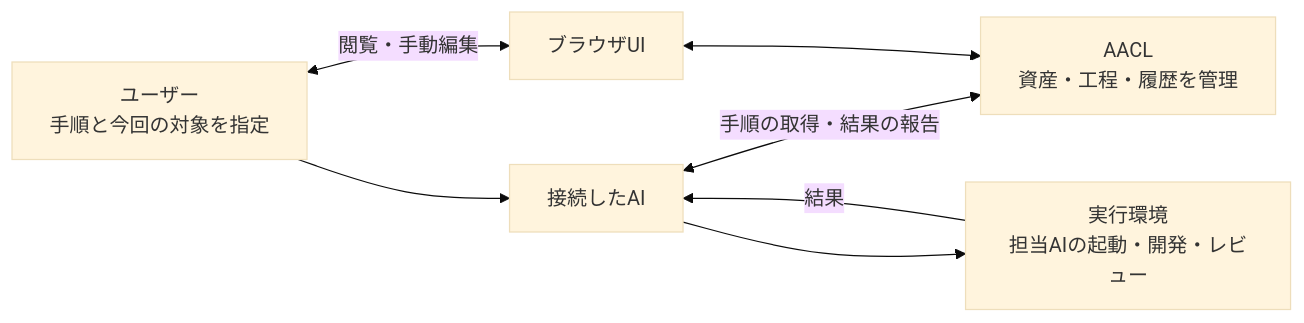
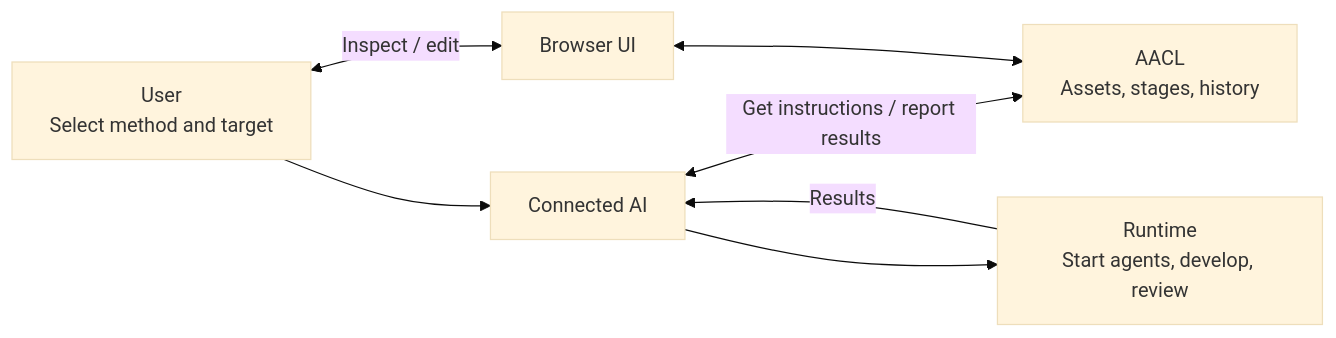
The first of 8 diagrams in README.md (Memoria-ll/agent-asset-control-layer), drawn with Mermaid (base theme) before and after one commit. The commit also changed other lines of this file and 1 other file, not shown here.

````diff
--- a/README.md
+++ b/README.md
@@ -13,9 +15,9 @@
 ```mermaid
 flowchart LR
-    User["ユーザー<br/>手順と今回の対象を指定"] --> AI["接続したAI"]
-    AI <-->|"手順の取得・結果の報告"| Core["AACL<br/>資産・工程・履歴を管理"]
-    AI --> Work["実行環境<br/>担当AIの起動・開発・レビュー"]
-    Work -->|"結果"| AI
-    User <-->|"閲覧・手動編集"| UI["ブラウザUI"]
+    User["User<br/>Select method and target"] --> AI["Connected AI"]
+    AI <-->|"Get instructions / report results"| Core["AACL<br/>Assets, stages, history"]
+    AI --> Work["Runtime<br/>Start agents, develop, review"]
+    Work -->|"Results"| AI
+    User <-->|"Inspect / edit"| UI["Browser UI"]
     UI <--> Core
 ```
````
